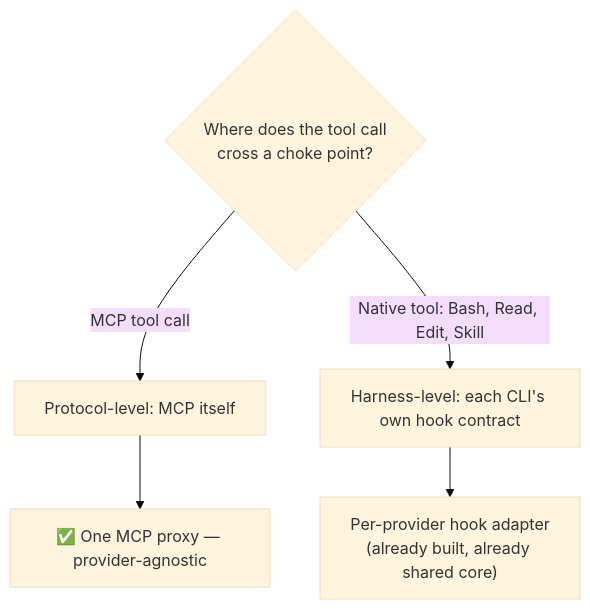
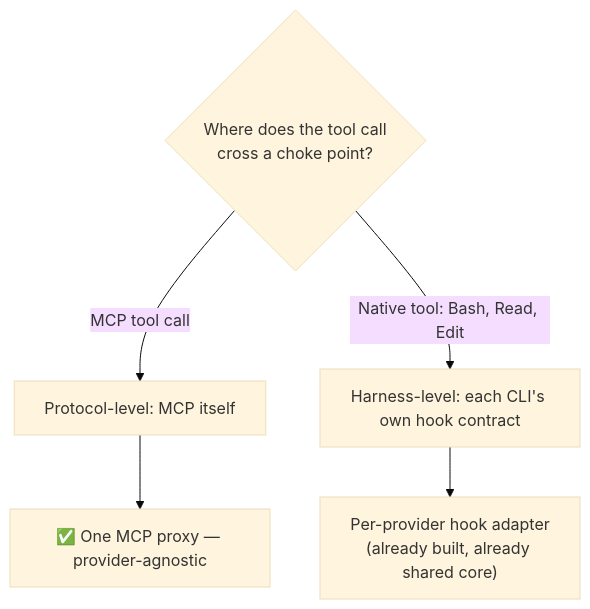
One commit to ejbrahms/Windrow changed the first of 2 diagrams in docs/design/unified-interception.md. Above: the diagram before and after it, drawn with Mermaid (base theme). The commit also changed other lines of this file and 30 other files, not shown here.

````diff
--- a/docs/design/unified-interception.md
+++ b/docs/design/unified-interception.md
@@ -8,8 +8,8 @@
 ```mermaid
 flowchart TD
   Q{"Where does the tool call\ncross a choke point?"}
   Q -->|MCP tool call| M[Protocol-level: MCP itself]
-  Q -->|Native tool: Bash, Read, Edit, Skill| N[Harness-level: each CLI's own hook contract]
+  Q -->|Native tool: Bash, Read, Edit| N[Harness-level: each CLI's own hook contract]
   M --> P["✅ One MCP proxy — provider-agnostic"]
   N --> H["Per-provider hook adapter\n(already built, already shared core)"]
 ```
````
